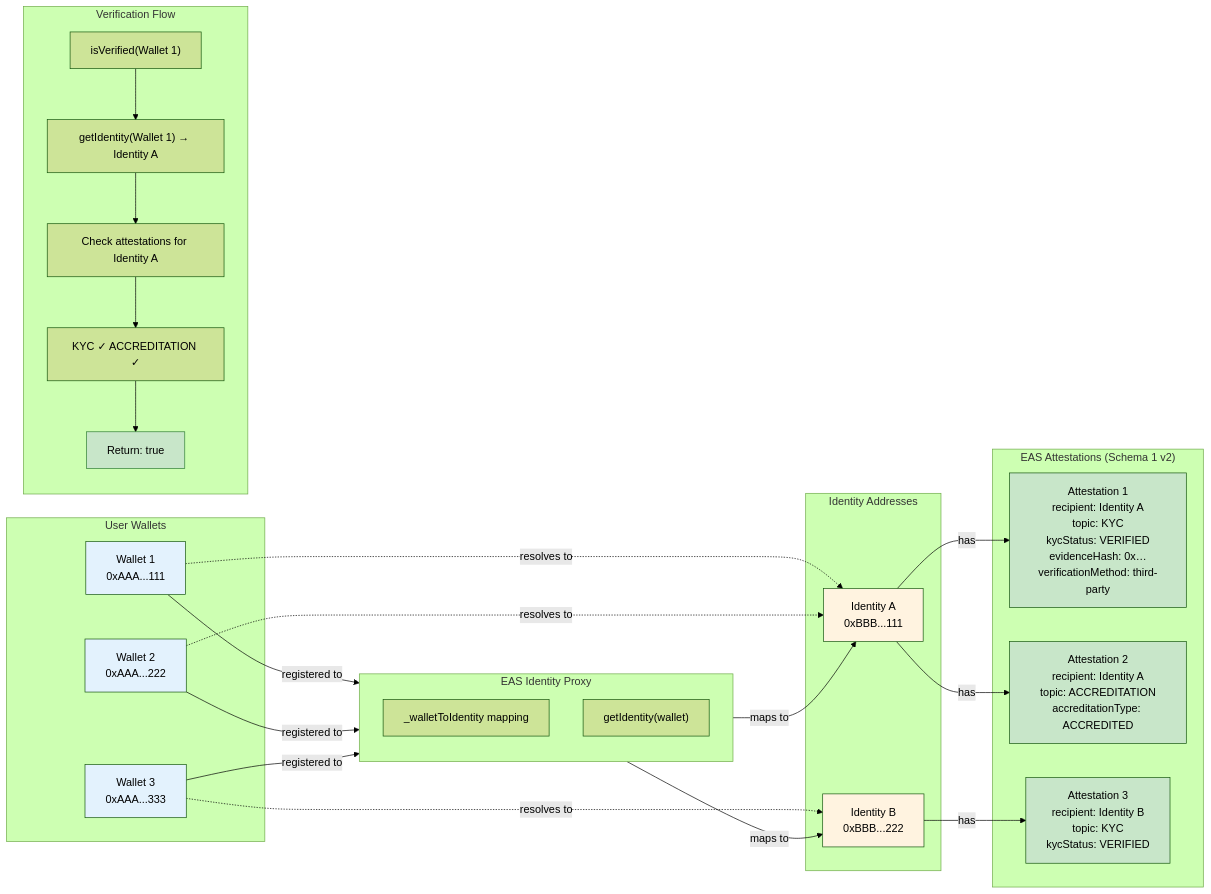
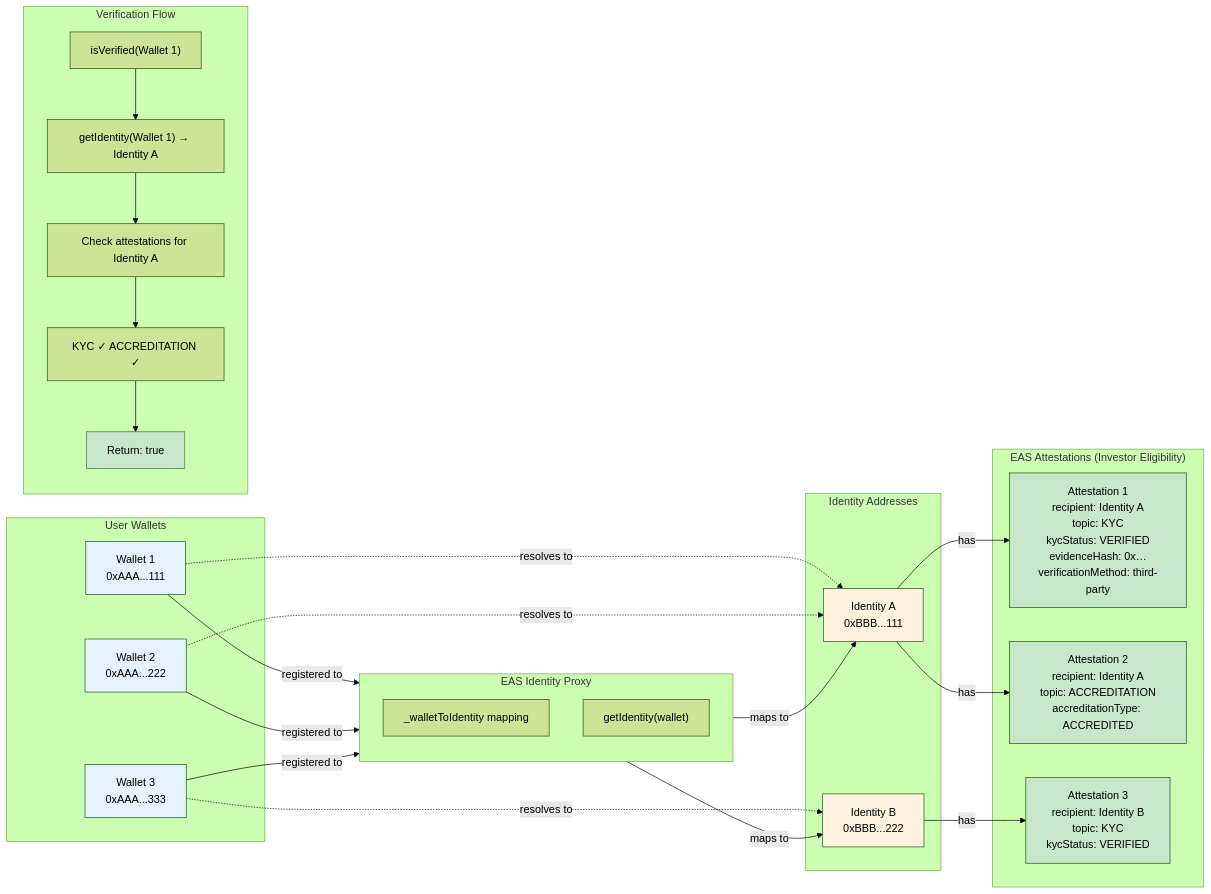
Before and after one commit to EntEthAlliance/rnd-rwa-erc3643-eas: the diagram in diagrams/wallet-identity-mapping.mmd, drawn with Mermaid (forest theme). The commit also changed 32 other files, not shown here.

First line of the commit message:
refactor(schemas): drop version suffixes from schema names

```diff
--- a/diagrams/wallet-identity-mapping.mmd
+++ b/diagrams/wallet-identity-mapping.mmd
@@ -1,58 +1,58 @@
 flowchart LR
     subgraph Wallets["User Wallets"]
         W1[Wallet 1\n0xAAA...111]
         W2[Wallet 2\n0xAAA...222]
         W3[Wallet 3\n0xAAA...333]
     end
 
     subgraph EASIdentityProxy["EAS Identity Proxy"]
         direction TB
         Mapping["_walletToIdentity mapping"]
         Resolve["getIdentity(wallet)"]
     end
 
     subgraph Identities["Identity Addresses"]
         I1[Identity A\n0xBBB...111]
         I2[Identity B\n0xBBB...222]
     end
 
-    subgraph EASAttestations["EAS Attestations (Schema 1 v2)"]
+    subgraph EASAttestations["EAS Attestations (Investor Eligibility)"]
         A1["Attestation 1\nrecipient: Identity A\ntopic: KYC\nkycStatus: VERIFIED\nevidenceHash: 0x…\nverificationMethod: third-party"]
         A2["Attestation 2\nrecipient: Identity A\ntopic: ACCREDITATION\naccreditationType: ACCREDITED"]
         A3["Attestation 3\nrecipient: Identity B\ntopic: KYC\nkycStatus: VERIFIED"]
     end
 
     W1 -->|registered to| Mapping
     W2 -->|registered to| Mapping
     W3 -->|registered to| Mapping
 
     Mapping -->|maps to| I1
     Mapping -->|maps to| I2
 
     W1 -.->|resolves to| I1
     W2 -.->|resolves to| I1
     W3 -.->|resolves to| I2
 
     I1 -->|has| A1
     I1 -->|has| A2
     I2 -->|has| A3
 
     subgraph Verification["Verification Flow"]
         V1["isVerified(Wallet 1)"]
         V2["getIdentity(Wallet 1) → Identity A"]
         V3["Check attestations for Identity A"]
         V4["KYC ✓ ACCREDITATION ✓"]
         V5["Return: true"]
 
         V1 --> V2 --> V3 --> V4 --> V5
     end
 
     style W1 fill:#e3f2fd
     style W2 fill:#e3f2fd
     style W3 fill:#e3f2fd
     style I1 fill:#fff3e0
     style I2 fill:#fff3e0
     style A1 fill:#c8e6c9
     style A2 fill:#c8e6c9
     style A3 fill:#c8e6c9
     style V5 fill:#c8e6c9,stroke:#2e7d32
```
